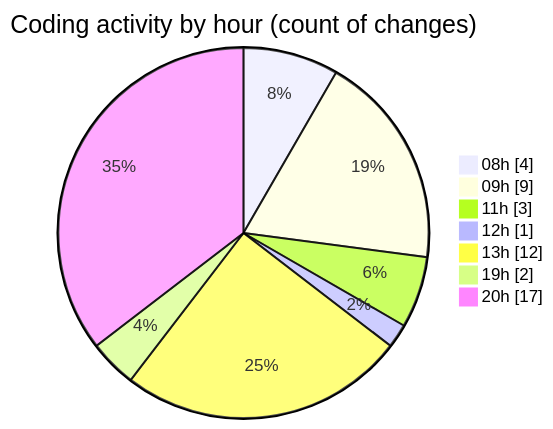
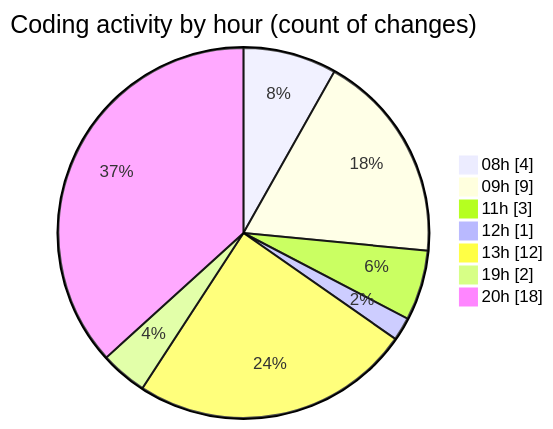
The second of 2 diagrams in 2025-05-07/samplepdf/README.md (momahboobian/code-tracking), drawn with Mermaid before and after one commit. The commit also changed other lines of this file and 1 other file, not shown here.

````diff
--- a/2025-05-07/samplepdf/README.md
+++ b/2025-05-07/samplepdf/README.md
@@ -37,11 +37,11 @@
 ```mermaid
 pie showData
 title Coding activity by hour (count of changes)
 "08h" : 4
 "09h" : 9
 "11h" : 3
 "12h" : 1
 "13h" : 12
 "19h" : 2
-"20h" : 17
+"20h" : 18
 ```
````
